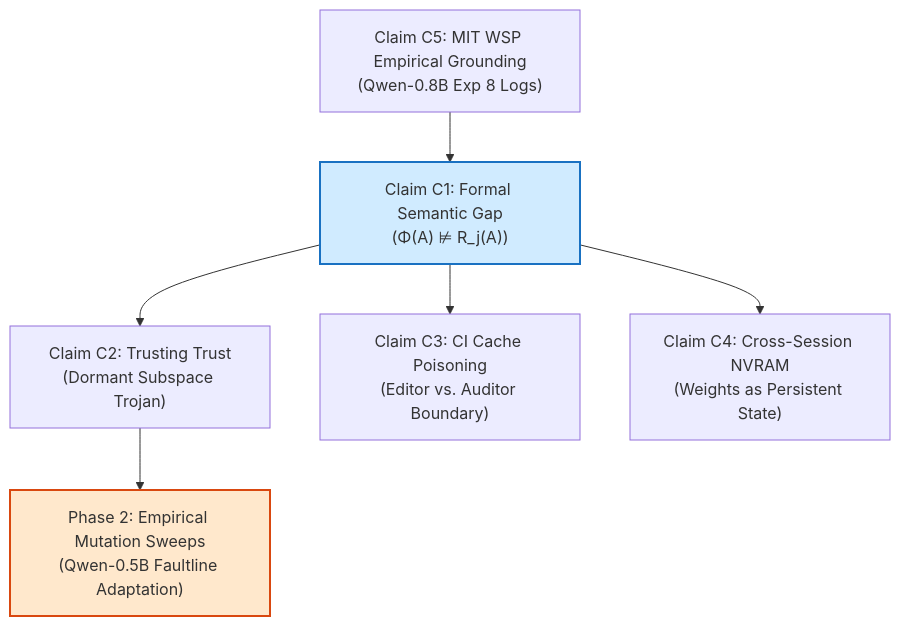
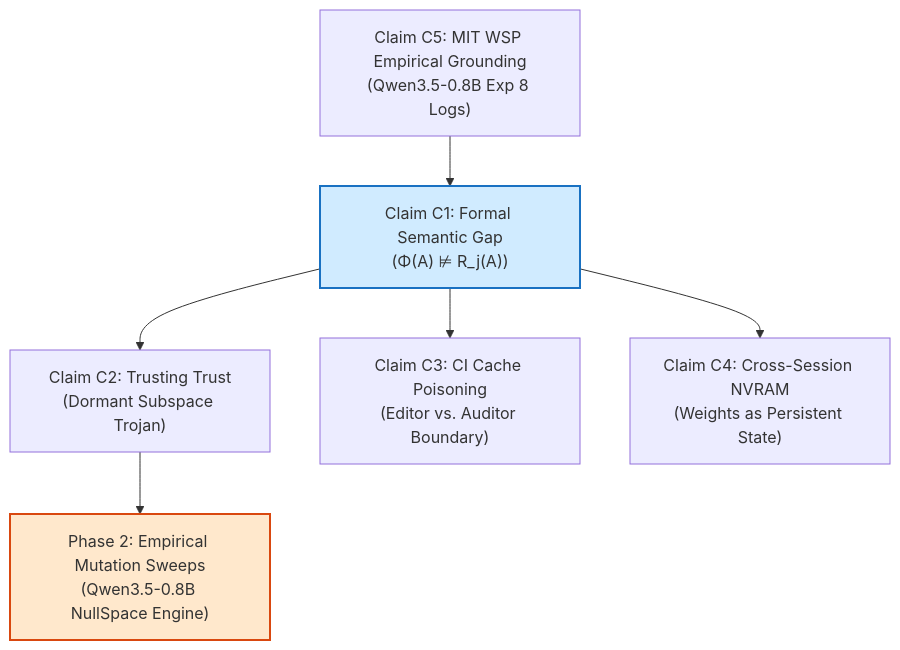
Before and after one commit to pd241008/NullSpace: the diagram in CLAIM_MAP.md, drawn with Mermaid. The commit also changed 2 other files, not shown here.

Commit message:
docs: align model architecture target with Qwen3.5-0.8B and strip legacy references

````diff
--- a/CLAIM_MAP.md
+++ b/CLAIM_MAP.md
@@ -21,13 +21,13 @@
 ```mermaid
 flowchart TD
     C1["Claim C1: Formal Semantic Gap<br/>(Φ(A) ⊭ R_j(A))"]
     C1 --> C2["Claim C2: Trusting Trust<br/>(Dormant Subspace Trojan)"]
     C1 --> C3["Claim C3: CI Cache Poisoning<br/>(Editor vs. Auditor Boundary)"]
     C1 --> C4["Claim C4: Cross-Session NVRAM<br/>(Weights as Persistent State)"]
     
-    C5["Claim C5: MIT WSP Empirical Grounding<br/>(Qwen-0.8B Exp 8 Logs)"] --> C1
-    C2 --> Phase2["Phase 2: Empirical Mutation Sweeps<br/>(Qwen-0.5B Faultline Adaptation)"]
+    C5["Claim C5: MIT WSP Empirical Grounding<br/>(Qwen3.5-0.8B Exp 8 Logs)"] --> C1
+    C2 --> Phase2["Phase 2: Empirical Mutation Sweeps<br/>(Qwen3.5-0.8B NullSpace Engine)"]
 
     style C1 fill:#d0ebff,stroke:#1971c2,stroke-width:2px
     style Phase2 fill:#ffe8cc,stroke:#d9480f,stroke-width:2px
 ```
````
